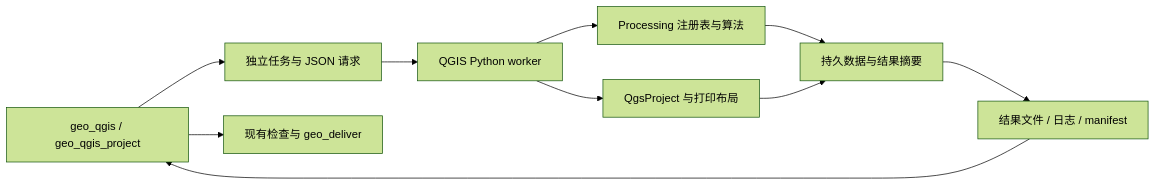
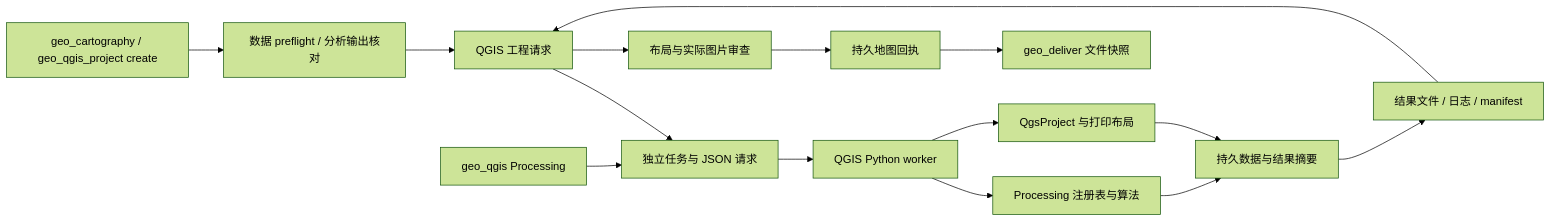
The diagram in architecture.md (kevics1/GeoHarness), drawn with Mermaid (forest theme) before and after one commit. The commit also changed other lines of this file and 32 other files, not shown here.

````diff
--- a/architecture.md
+++ b/architecture.md
@@ -14,12 +20,17 @@
 ```mermaid
 flowchart LR
-    T[geo_qgis / geo_qgis_project] --> R[独立任务与 JSON 请求]
+    C[geo_cartography / geo_qgis_project create] --> F[数据 preflight / 分析输出核对]
+    F --> T[QGIS 工程请求]
+    T --> R[独立任务与 JSON 请求]
+    A[geo_qgis Processing] --> R
     R --> W[QGIS Python worker]
     W --> P[Processing 注册表与算法]
     W --> Q[QgsProject 与打印布局]
     P --> O[持久数据与结果摘要]
     Q --> O
     O --> M[结果文件 / 日志 / manifest]
     M --> T
-    T --> D[现有检查与 geo_deliver]
+    T --> D[布局与实际图片审查]
+    D --> J[持久地图回执]
+    J --> E[geo_deliver 文件快照]
 ```
````
